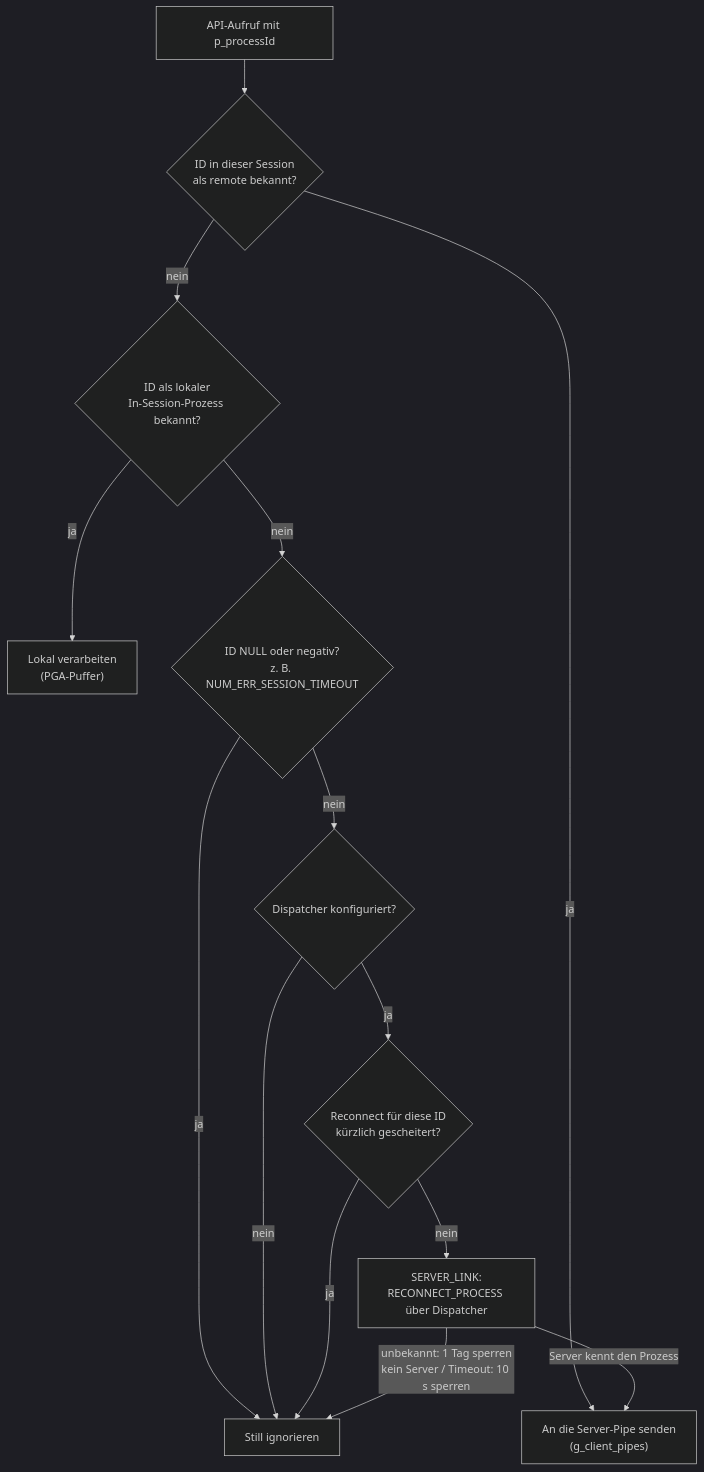
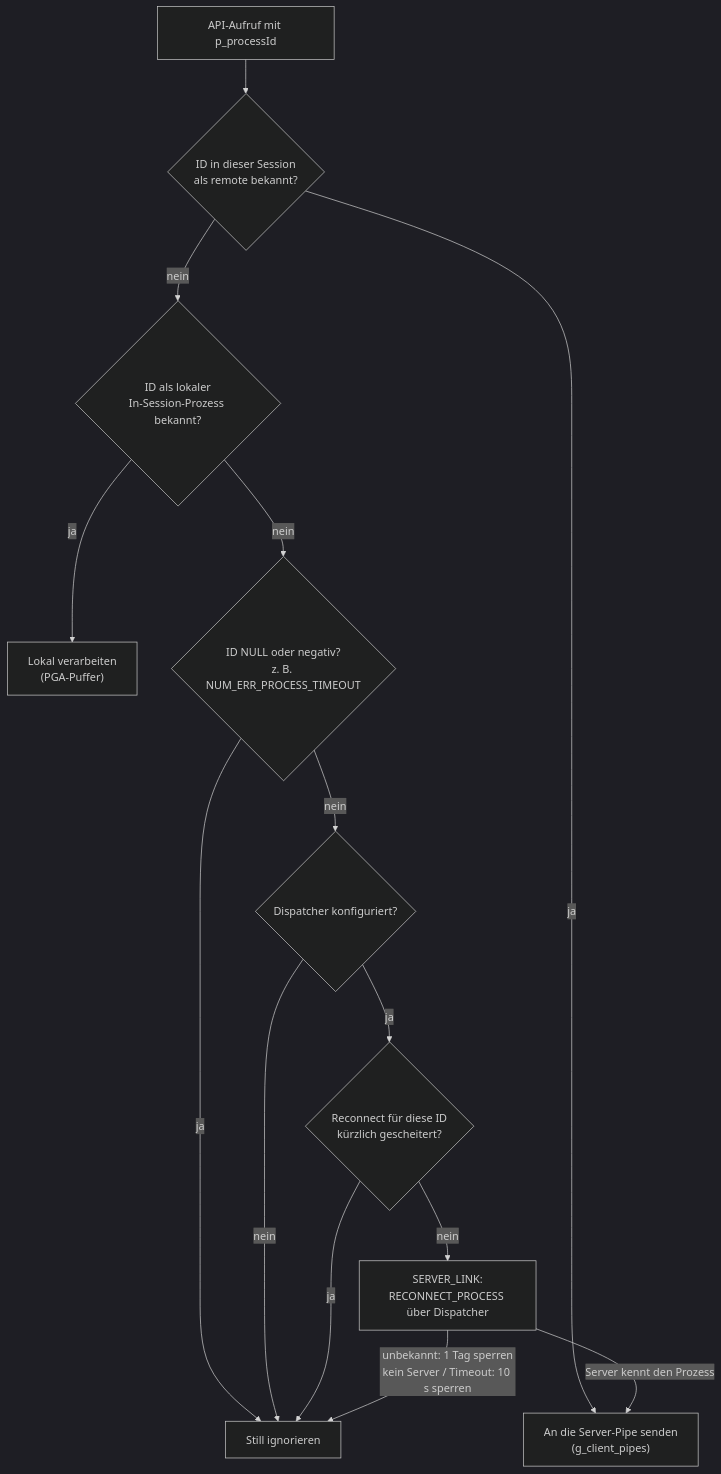
One commit to dirkgermany/LILAM changed the second of 4 diagrams in docs/Architektur und Konzepte.md. Above: the diagram before and after it, drawn with Mermaid (dark theme). The commit also changed other lines of this file and 44 other files, not shown here.

First line of the commit message:
NEW_PROCESS/SERVER_NEW_PROCESS/CLOSE_PROCESS statt *_SESSION

````diff
--- a/docs/Architektur und Konzepte.md
+++ b/docs/Architektur und Konzepte.md
@@ -366,16 +378,16 @@
 ```mermaid
 flowchart TD
     CALL["API-Aufruf mit p_processId"] --> R1{"ID in dieser Session<br/>als remote bekannt?"}
     R1 -- ja --> SEND["An die Server-Pipe senden<br/>(g_client_pipes)"]
     R1 -- nein --> L1{"ID als lokaler<br/>In-Session-Prozess bekannt?"}
     L1 -- ja --> LOCAL["Lokal verarbeiten<br/>(PGA-Puffer)"]
-    L1 -- nein --> N1{"ID NULL oder negativ?<br/>z. B. NUM_ERR_SESSION_TIMEOUT"}
+    L1 -- nein --> N1{"ID NULL oder negativ?<br/>z. B. NUM_ERR_PROCESS_TIMEOUT"}
     N1 -- ja --> IGN["Still ignorieren"]
     N1 -- nein --> D1{"Dispatcher konfiguriert?"}
     D1 -- nein --> IGN
     D1 -- ja --> U1{"Reconnect für diese ID<br/>kürzlich gescheitert?"}
     U1 -- ja --> IGN
     U1 -- nein --> LINK["SERVER_LINK:<br/>RECONNECT_PROCESS über Dispatcher"]
     LINK -- "Server kennt den Prozess" --> SEND
     LINK -- "unbekannt: 1 Tag sperren<br/>kein Server / Timeout: 10 s sperren" --> IGN
 ```
````
